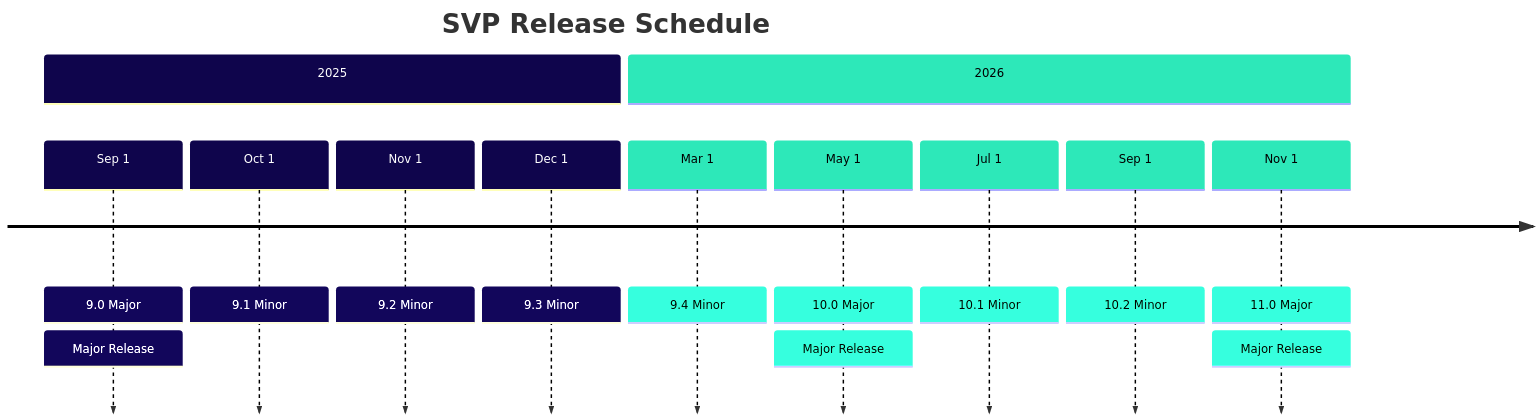
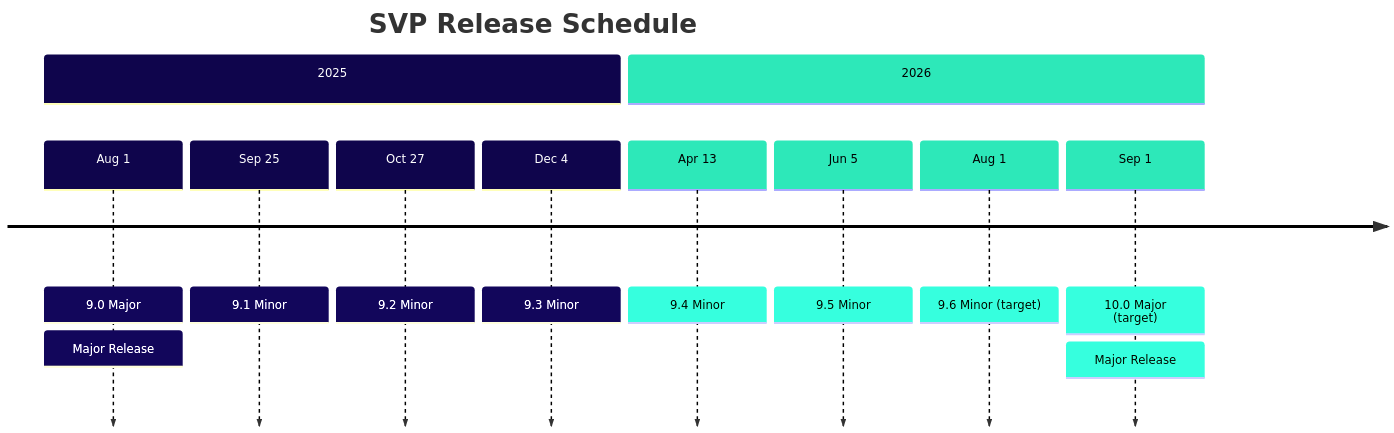
Before and after one commit to sequentech/step: the first of 4 diagrams in docs/docusaurus/docs/05-reference/03-product_lifecycle_and_release_cadence.md, drawn with Mermaid. The commit also changed other lines of this file, not shown here.

````diff
--- a/docs/docusaurus/docs/05-reference/03-product_lifecycle_and_release_cadence.md
+++ b/docs/docusaurus/docs/05-reference/03-product_lifecycle_and_release_cadence.md
@@ -113,27 +117,26 @@
 ```mermaid
 ---
 config:
     theme: 'default'
     themeVariables:
         cScale0: '#0f054c'
         cScale1: '#2de8b9'
     themeCSS: " \n
         .timeline-node tspan { font-size: 24px; }
     "
 ---
 timeline
     title SVP Release Schedule
-    
+
     section 2025
-        Sep 1 : 9.0 Major : Major Release
-        Oct 1 : 9.1 Minor
-        Nov 1 : 9.2 Minor
-        Dec 1 : 9.3 Minor
+        Aug 1  : 9.0 Major : Major Release
+        Sep 25 : 9.1 Minor
+        Oct 27 : 9.2 Minor
+        Dec 4  : 9.3 Minor
 
     section 2026
-        Mar 1 : 9.4 Minor
-        May 1 : 10.0 Major : Major Release
-        Jul 1 : 10.1 Minor
-        Sep 1 : 10.2 Minor
-        Nov 1 : 11.0 Major : Major Release
+        Apr 13 : 9.4 Minor
+        Jun 5  : 9.5 Minor
+        Aug 1  : 9.6 Minor (target)
+        Sep 1  : 10.0 Major (target) : Major Release
 ```
````
